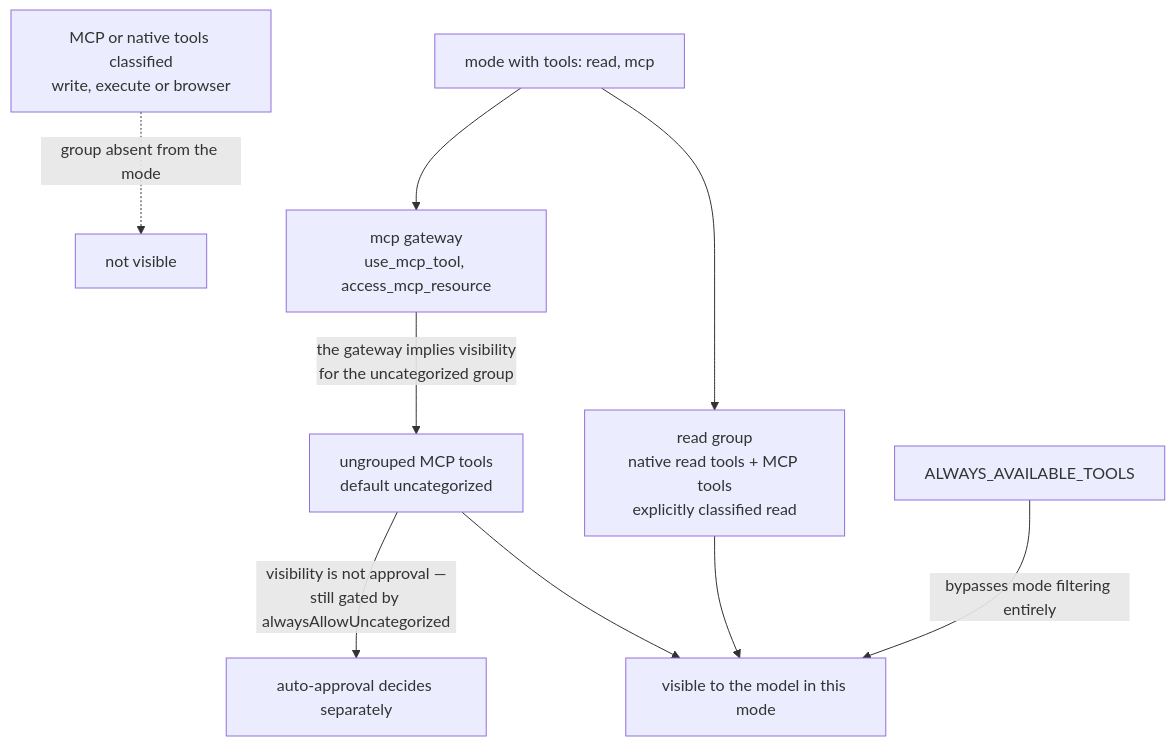
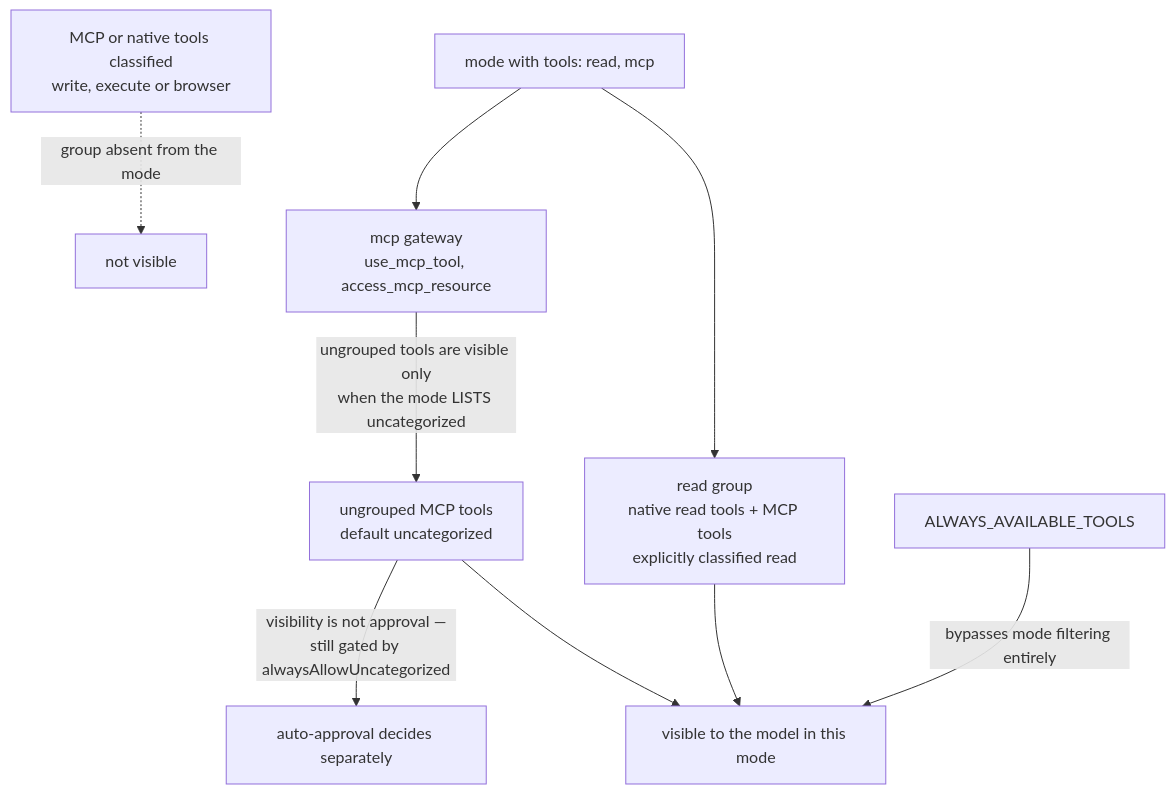
One commit to shofer-dev/shofer changed the second of 2 diagrams in docs/tool-categories.md. Above: the diagram before and after it, drawn with Mermaid. The commit also changed other lines of this file and 5 other files, not shown here.

First line of the commit message:
feat(tools)!: uncategorized is an ordinary group in BOTH mode filters

````diff
--- a/docs/tool-categories.md
+++ b/docs/tool-categories.md
@@ -166,16 +166,16 @@
 ```mermaid
 flowchart TD
     MODE["mode with tools: read, mcp"]
 
     MODE --> RD["read group<br/>native read tools + MCP tools<br/>explicitly classified read"]
     MODE --> GW["mcp gateway<br/>use_mcp_tool, access_mcp_resource"]
-    GW -->|"the gateway implies visibility<br/>for the uncategorized group"| UN["ungrouped MCP tools<br/>default uncategorized"]
+    GW -->|"ungrouped tools are visible only<br/>when the mode LISTS uncategorized"| UN["ungrouped MCP tools<br/>default uncategorized"]
 
     AAT["ALWAYS_AVAILABLE_TOOLS"] -->|"bypasses mode filtering entirely"| VIS
     RD --> VIS["visible to the model in this mode"]
     UN --> VIS
 
     OUT["MCP or native tools classified<br/>write, execute or browser"] -.->|"group absent from the mode"| NOPE["not visible"]
 
     UN -->|"visibility is not approval —<br/>still gated by alwaysAllowUncategorized"| APP["auto-approval decides separately"]
 ```
````
